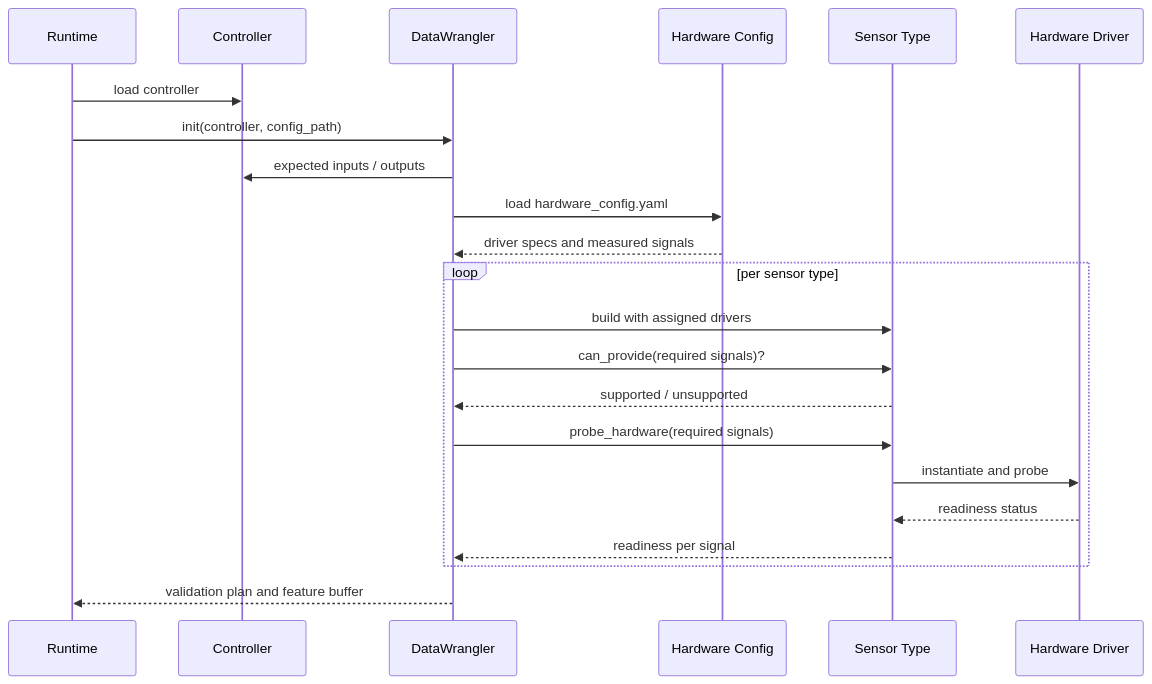
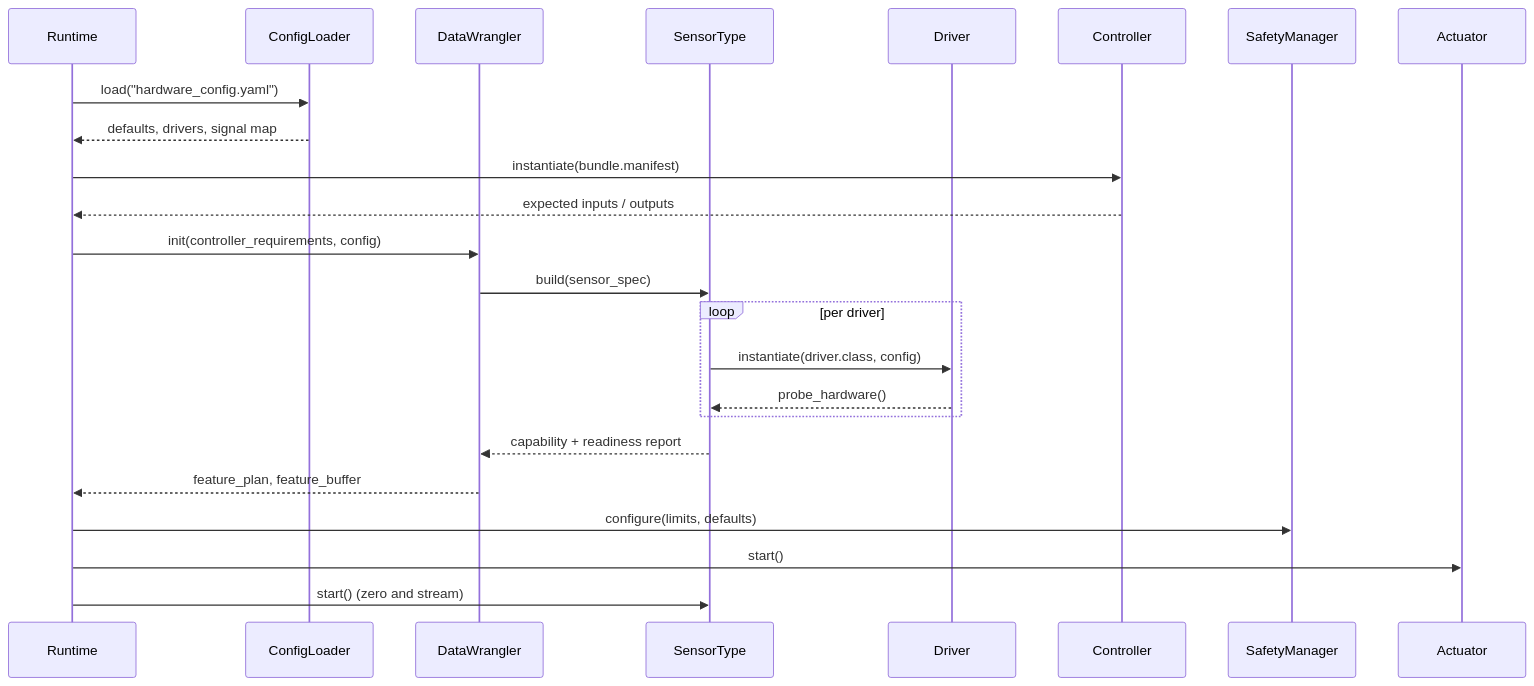
One commit to jmontp/raspberry-pi-controller-runtime changed the third of 6 diagrams in docs/architecture.md. Above: the diagram before and after it, drawn with Mermaid. The commit also changed other lines of this file, not shown here.

Commit message:
docs: reorganize architecture flow diagrams

````diff
--- a/docs/architecture.md
+++ b/docs/architecture.md
@@ -87,27 +87,27 @@
 ```mermaid
 sequenceDiagram
-    participant Runtime as Runtime
-    participant Controller as Controller
+    participant Runtime
+    participant Config as ConfigLoader
     participant Wrangler as DataWrangler
-    participant Config as Hardware Config
-    participant SensorType as Sensor Type
-    participant Driver as Hardware Driver
+    participant SensorType
+    participant Driver
+    participant Controller
+    participant Safety as SafetyManager
+    participant Actuator
 
-    Runtime->>Controller: load controller
-    Runtime->>Wrangler: init(controller, config_path)
-    Wrangler->>Controller: expected inputs / outputs
-    Wrangler->>Config: load hardware_config.yaml
-    Config-->>Wrangler: driver specs and measured signals
-
-    loop per sensor type
-        Wrangler->>SensorType: build with assigned drivers
-        Wrangler->>SensorType: can_provide(required signals)?
-        SensorType-->>Wrangler: supported / unsupported
-        Wrangler->>SensorType: probe_hardware(required signals)
-        SensorType->>Driver: instantiate and probe
-        Driver-->>SensorType: readiness status
-        SensorType-->>Wrangler: readiness per signal
+    Runtime->>Config: load("hardware_config.yaml")
+    Config-->>Runtime: defaults, drivers, signal map
+    Runtime->>Controller: instantiate(bundle.manifest)
+    Controller-->>Runtime: expected inputs / outputs
+    Runtime->>Wrangler: init(controller_requirements, config)
+    Wrangler->>SensorType: build(sensor_spec)
+    loop per driver
+        SensorType->>Driver: instantiate(driver.class, config)
+        Driver-->>SensorType: probe_hardware()
     end
-
-    Wrangler-->>Runtime: validation plan and feature buffer
+    SensorType-->>Wrangler: capability + readiness report
+    Wrangler-->>Runtime: feature_plan, feature_buffer
+    Runtime->>Safety: configure(limits, defaults)
+    Runtime->>Actuator: start()
+    Runtime->>SensorType: start() (zero and stream)
 ```
````
